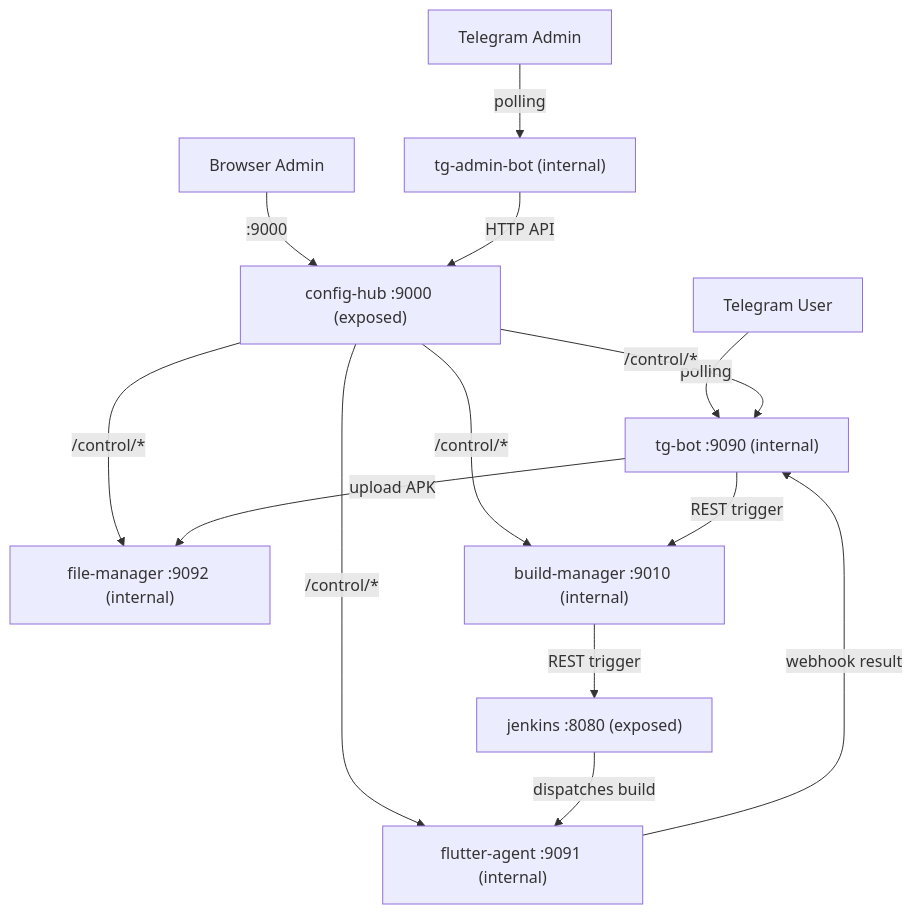
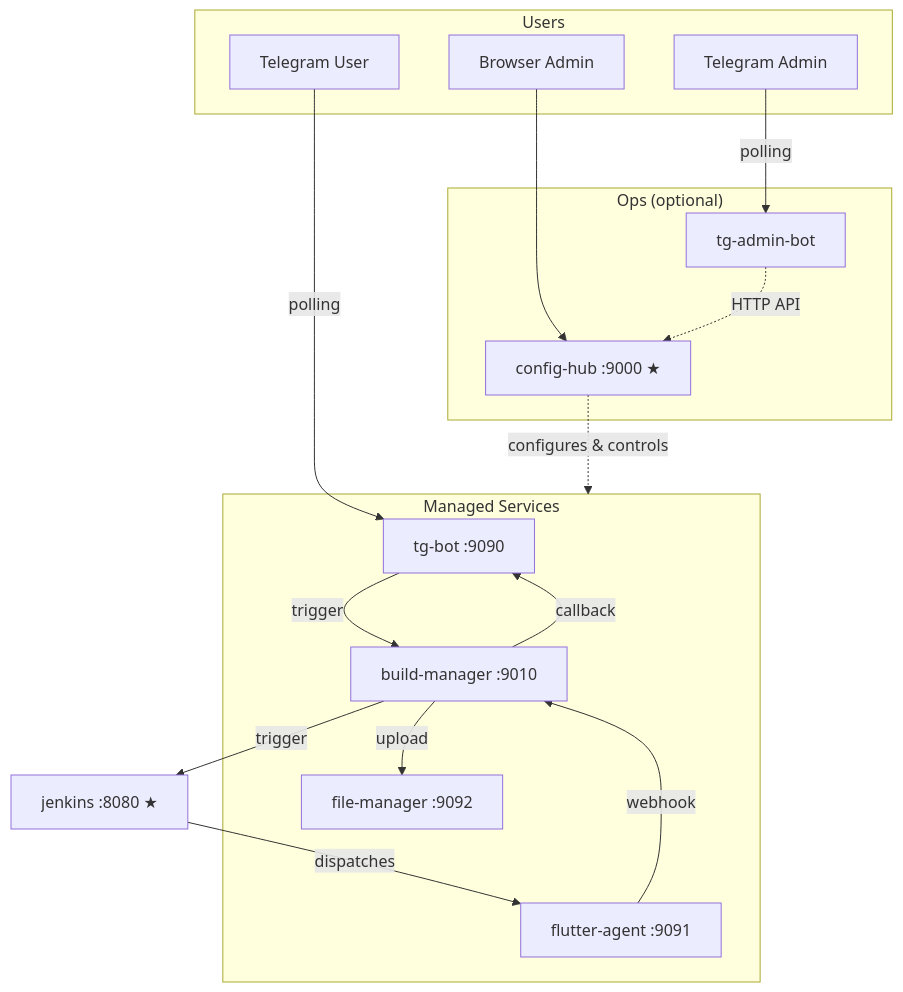
Before and after one commit to VinhNgT/jenkins-flutter-bot: the diagram in .agents/rules/general-guide.md, drawn with Mermaid. The commit also changed other lines of this file and 5 other files, not shown here.

````diff
--- a/.agents/rules/general-guide.md
+++ b/.agents/rules/general-guide.md
@@ -61,20 +61,35 @@
 ```mermaid
 graph TD
-    BOT["tg-bot :9090 (internal)"]
-    AGT["flutter-agent :9091 (internal)"]
-    FM["file-manager :9092 (internal)"]
-    BM["build-manager :9010 (internal)"]
+    subgraph users["Users"]
+        TU["Telegram User"]
+        BA["Browser Admin"]
+        TA["Telegram Admin"]
+    end
 
-    TU["Telegram User"] -- polling --> BOT
-    BA["Browser Admin"] -- ":9000" --> CH["config-hub :9000 (exposed)"]
-    TA["Telegram Admin"] -- polling --> TAB["tg-admin-bot (internal)"]
+    subgraph ops["Ops  (optional)"]
+        CH["config-hub :9000 ★"]
+        TAB["tg-admin-bot"]
+    end
 
-    CH -- "/control/*" --> BOT & AGT & FM & BM
-    TAB -- "HTTP API" --> CH
+    subgraph managed["Managed Services"]
+        BOT["tg-bot :9090"]
+        BM["build-manager :9010"]
+        FM["file-manager :9092"]
+        AGT["flutter-agent :9091"]
+    end
 
-    BOT -- "REST trigger" --> BM
-    BM -- "REST trigger" --> JNK["jenkins :8080 (exposed)"]
-    JNK -- "dispatches build" --> AGT
-    AGT -- "webhook result" --> BOT
-    BOT -- "upload APK" --> FM
+    JNK["jenkins :8080 ★"]
+
+    TU -- polling --> BOT
+    BA --> CH
+    TA -- polling --> TAB
+    TAB -. "HTTP API" .-> CH
+    CH -. "configures & controls" .-> managed
+
+    BOT -- trigger --> BM
+    BM -- trigger --> JNK
+    JNK -- dispatches --> AGT
+    AGT -- webhook --> BM
+    BM -- upload --> FM
+    BM -- callback --> BOT
 ```
````
